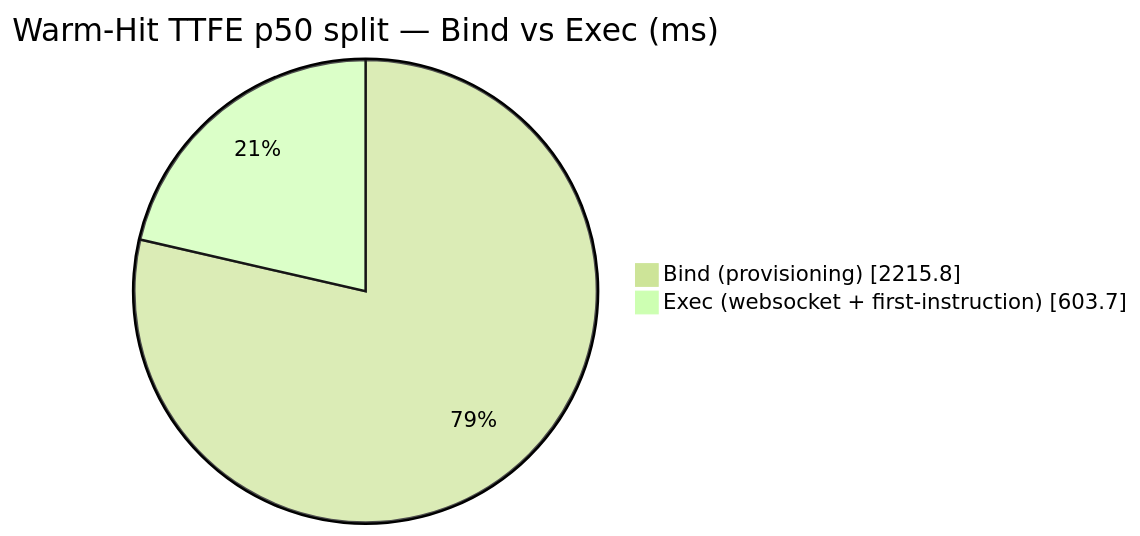
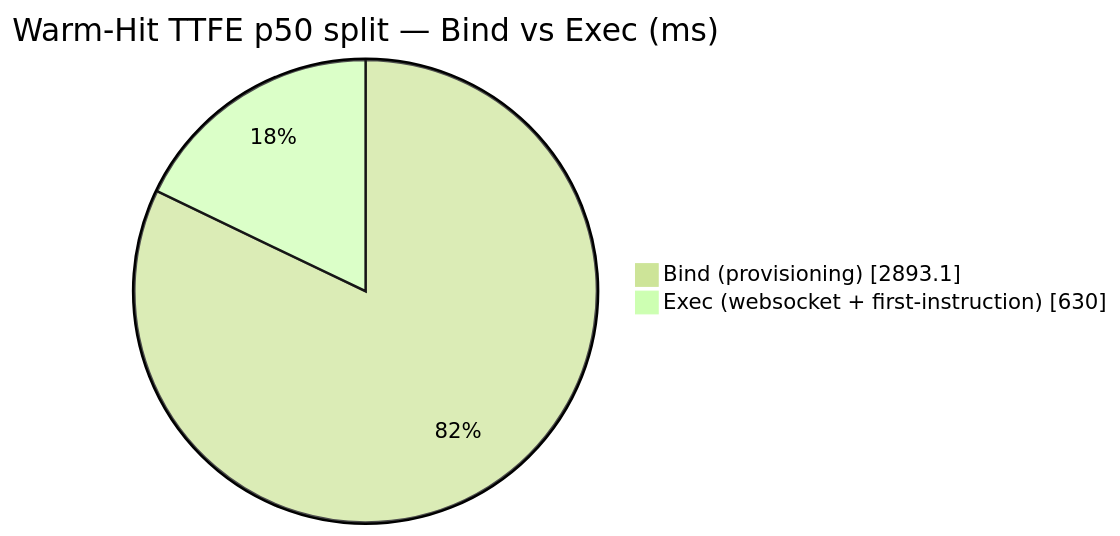
One commit to AlexBulankou/honest-bench changed the diagram in DETAILS.md. Above: the diagram before and after it, drawn with Mermaid (forest theme). The commit also changed other lines of this file and 4 other files, not shown here.

````diff
--- a/DETAILS.md
+++ b/DETAILS.md
@@ -123,6 +124,6 @@
 ```mermaid
 pie showData
     title Warm-Hit TTFE p50 split — Bind vs Exec (ms)
-    "Bind (provisioning)" : 2215.8
-    "Exec (websocket + first-instruction)" : 603.7
+    "Bind (provisioning)" : 2893.1
+    "Exec (websocket + first-instruction)" : 630.0
 ```
````
